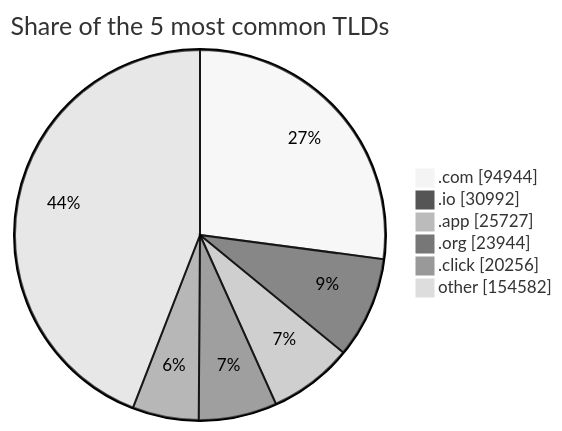
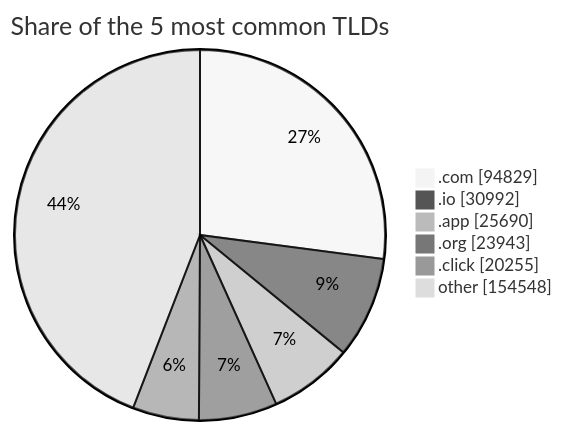
One commit to DNSBunker/CTI changed the third of 3 diagrams in README.md. Above: the diagram before and after it, drawn with Mermaid (neutral theme). The commit also changed other lines of this file and 3 other files, not shown here.

````diff
--- a/README.md
+++ b/README.md
@@ -81,9 +81,9 @@
 ```mermaid
 pie showData title Share of the 5 most common TLDs
-    ".com" : 94944
+    ".com" : 94829
     ".io" : 30992
-    ".app" : 25727
-    ".org" : 23944
-    ".click" : 20256
-    "other" : 154582
+    ".app" : 25690
+    ".org" : 23943
+    ".click" : 20255
+    "other" : 154548
 ```
````
